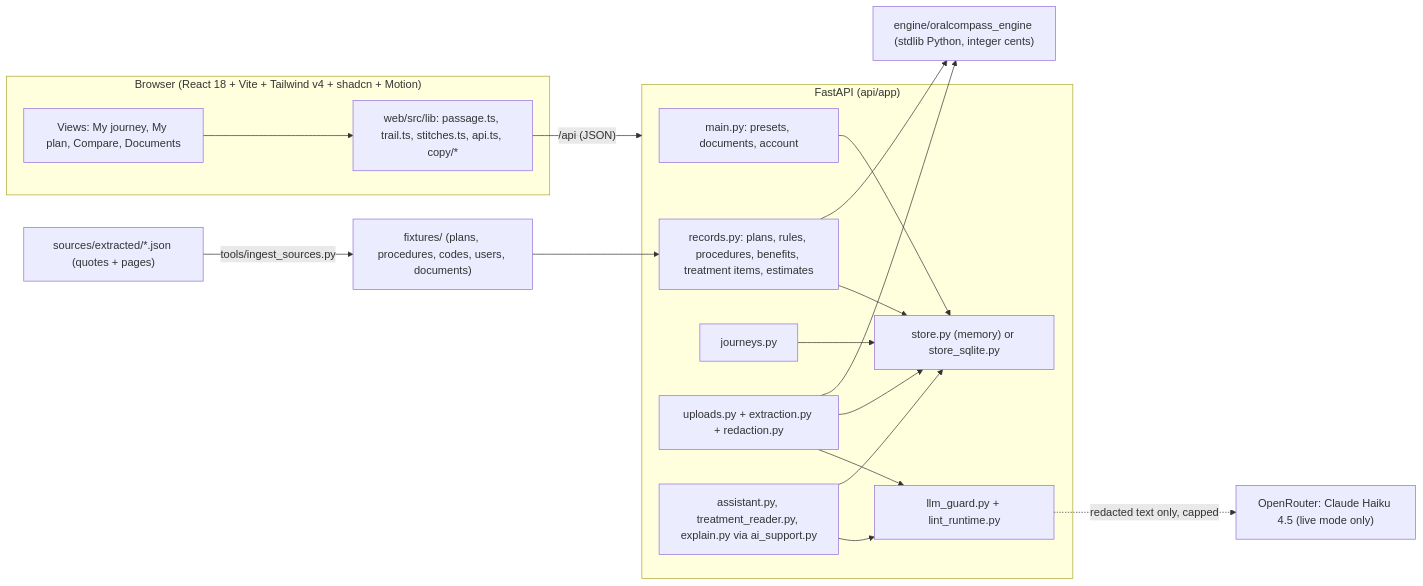
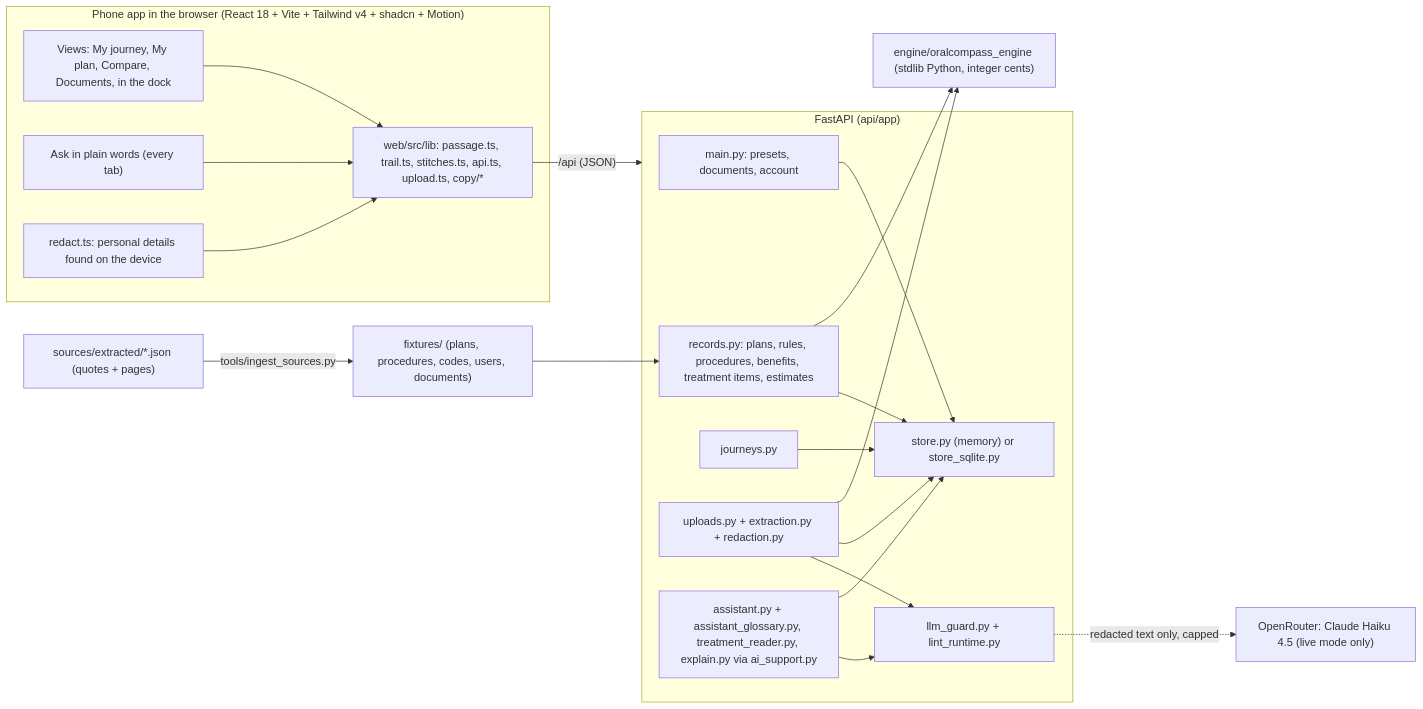
The first of 9 diagrams in docs/ARCHITECTURE.md (ashrit725-beep/oralcompass), drawn with Mermaid before and after one commit. The commit also changed other lines of this file and 3 other files, not shown here.

First line of the commit message:
docs: mobile-only app, redaction before AI analysis, Ask in plain words

````diff
--- a/docs/ARCHITECTURE.md
+++ b/docs/ARCHITECTURE.md
@@ -9,31 +10,35 @@
 ```mermaid
 flowchart LR
-  subgraph Browser["Browser (React 18 + Vite + Tailwind v4 + shadcn + Motion)"]
-    Views["Views: My journey, My plan, Compare, Documents"]
-    Lib["web/src/lib: passage.ts, trail.ts, stitches.ts, api.ts, copy/*"]
+  subgraph Browser["Phone app in the browser (React 18 + Vite + Tailwind v4 + shadcn + Motion)"]
+    Views["Views: My journey, My plan, Compare, Documents, in the dock"]
+    Ask["Ask in plain words (every tab)"]
+    Redact["redact.ts: personal details found on the device"]
+    Lib["web/src/lib: passage.ts, trail.ts, stitches.ts, api.ts, upload.ts, copy/*"]
     Views --> Lib
+    Ask --> Lib
+    Redact --> Lib
   end
   subgraph API["FastAPI (api/app)"]
     Main["main.py: presets, documents, account"]
     Records["records.py: plans, rules, procedures, benefits, treatment items, estimates"]
     Journeys["journeys.py"]
     Uploads["uploads.py + extraction.py + redaction.py"]
-    AI["assistant.py, treatment_reader.py, explain.py via ai_support.py"]
+    AI["assistant.py + assistant_glossary.py, treatment_reader.py, explain.py via ai_support.py"]
     Guard["llm_guard.py + lint_runtime.py"]
     Store["store.py (memory) or store_sqlite.py"]
   end
   Engine["engine/oralcompass_engine (stdlib Python, integer cents)"]
   Fixtures["fixtures/ (plans, procedures, codes, users, documents)"]
   Sources["sources/extracted/*.json (quotes + pages)"]
   LLM["OpenRouter: Claude Haiku 4.5 (live mode only)"]
 
   Lib -- "/api (JSON)" --> API
   Records --> Engine
   Uploads --> Engine
   Records & Main & Journeys & Uploads & AI --> Store
   Sources -- "tools/ingest_sources.py" --> Fixtures
   Fixtures --> Records
   AI --> Guard
   Uploads --> Guard
   Guard -. "redacted text only, capped" .-> LLM
 ```
````
